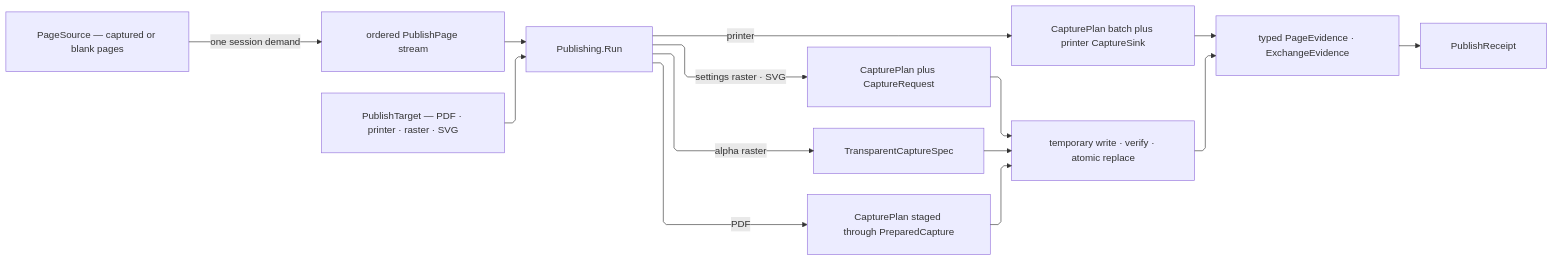
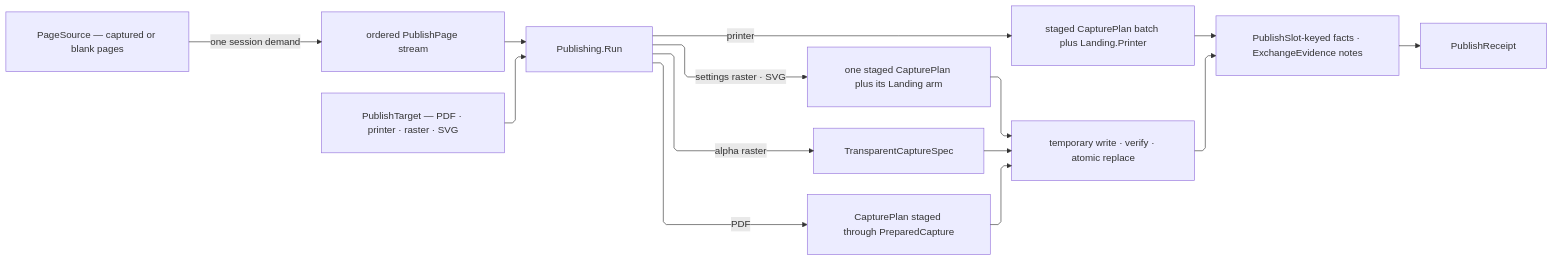
Before and after one commit to bsamiee/Rasm: the diagram in libs/csharp/Rasm.Rhino/.planning/Exchange/publish.md, drawn with Mermaid. The commit also changed other lines of this file and 818 other files, not shown here.

````diff
--- a/libs/csharp/Rasm.Rhino/.planning/Exchange/publish.md
+++ b/libs/csharp/Rasm.Rhino/.planning/Exchange/publish.md
@@ -1008,25 +1310,25 @@
 ```mermaid codemap
 ---
 config:
   layout: elk
   flowchart:
     curve: linear
     padding: 25
 ---
 flowchart LR
     accTitle: Publication capture and atomic artifact flow
     accDescr: Ordered pages derive capture plans or transparent requests before atomic delivery and typed evidence.
     Source["PageSource — captured or blank pages"] -->|one session demand| Stream["ordered PublishPage stream"]
     Target["PublishTarget — PDF · printer · raster · SVG"] --> Rail["Publishing.Run"]
     Stream --> Rail["Publishing.Run"]
-    Rail -->|settings raster · SVG| Request["CapturePlan plus CaptureRequest"]
+    Rail -->|settings raster · SVG| Request["one staged CapturePlan plus its Landing arm"]
     Rail -->|alpha raster| Transparent["TransparentCaptureSpec"]
-    Rail -->|printer| Spool["CapturePlan batch plus printer CaptureSink"]
+    Rail -->|printer| Spool["staged CapturePlan batch plus Landing.Printer"]
     Rail -->|PDF| Staged["CapturePlan staged through PreparedCapture"]
     Request --> Atomic["temporary write · verify · atomic replace"]
     Transparent --> Atomic
     Staged --> Atomic
-    Spool --> Evidence["typed PageEvidence · ExchangeEvidence"]
+    Spool --> Evidence["PublishSlot-keyed facts · ExchangeEvidence notes"]
     Atomic --> Evidence
     Evidence --> Receipt["PublishReceipt"]
 ```
````
